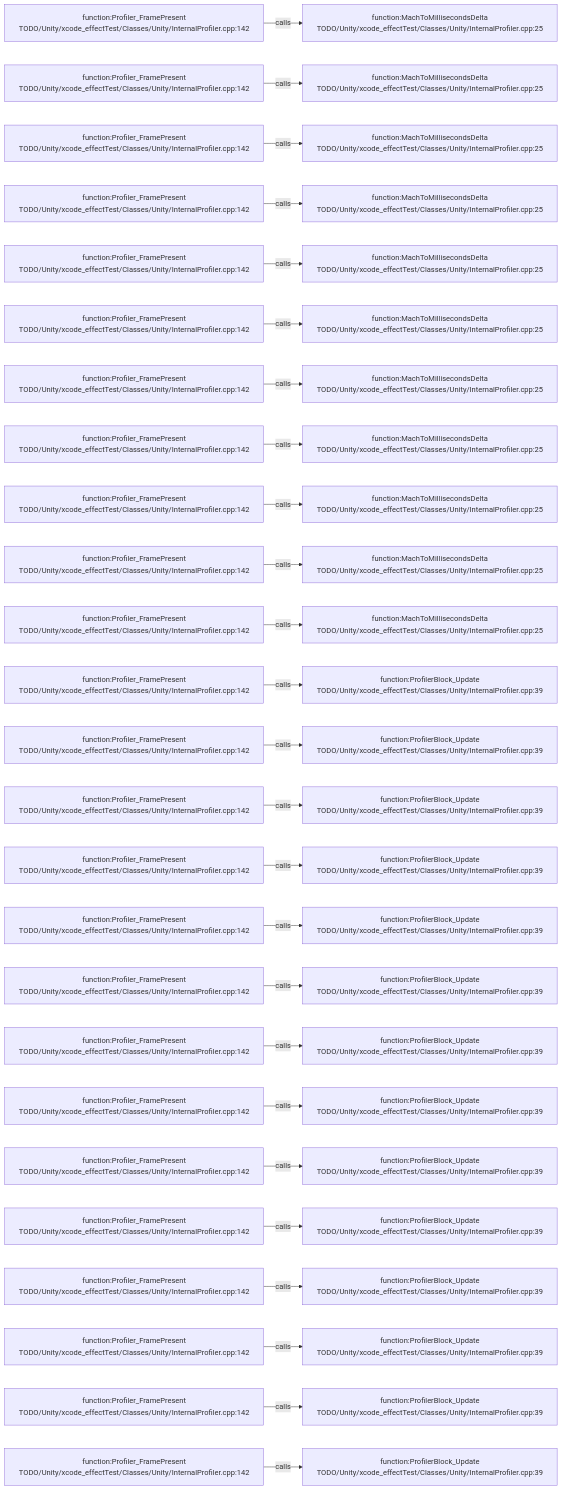
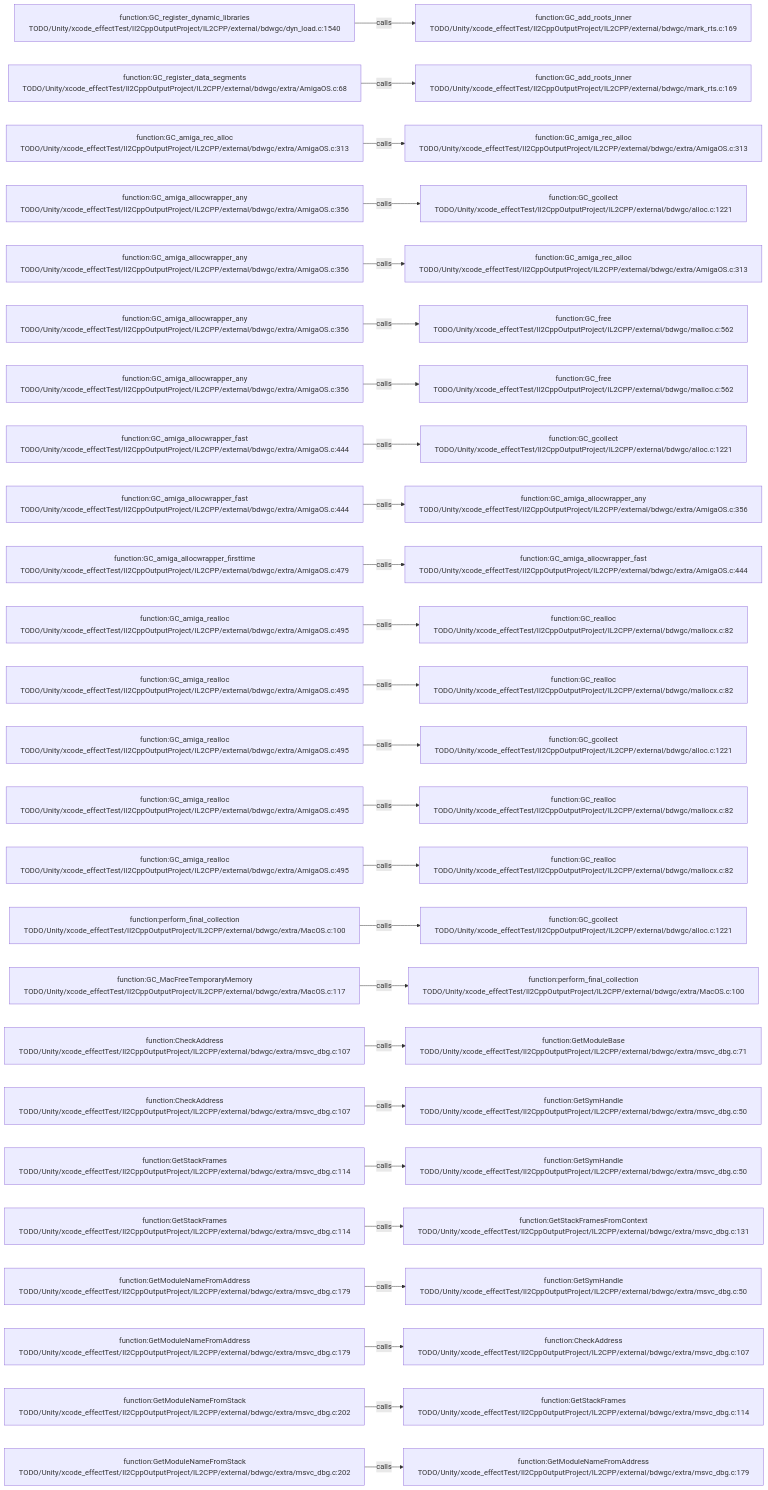
Before and after one commit to JobsKits/JobsSwiftBaseConfigDemo: the diagram in .codegraph/codegraph.md/graphs/calls-107.md, drawn with Mermaid. The commit also changed 227 other files, not shown here.

````diff
--- a/.codegraph/codegraph.md/graphs/calls-107.md
+++ b/.codegraph/codegraph.md/graphs/calls-107.md
@@ -13,78 +13,78 @@
 ```mermaid
 flowchart LR
-  S1["function:Profiler_FramePresent<br/>TODO/Unity/xcode_effectTest/Classes/Unity/InternalProfiler.cpp:142"]
-  T1["function:MachToMillisecondsDelta<br/>TODO/Unity/xcode_effectTest/Classes/Unity/InternalProfiler.cpp:25"]
+  S1["function:GC_register_dynamic_libraries<br/>TODO/Unity/xcode_effectTest/Il2CppOutputProject/IL2CPP/external/bdwgc/dyn_load.c:1540"]
+  T1["function:GC_add_roots_inner<br/>TODO/Unity/xcode_effectTest/Il2CppOutputProject/IL2CPP/external/bdwgc/mark_rts.c:169"]
   S1 -->|calls| T1
-  S2["function:Profiler_FramePresent<br/>TODO/Unity/xcode_effectTest/Classes/Unity/InternalProfiler.cpp:142"]
-  T2["function:MachToMillisecondsDelta<br/>TODO/Unity/xcode_effectTest/Classes/Unity/InternalProfiler.cpp:25"]
+  S2["function:GC_register_data_segments<br/>TODO/Unity/xcode_effectTest/Il2CppOutputProject/IL2CPP/external/bdwgc/extra/AmigaOS.c:68"]
+  T2["function:GC_add_roots_inner<br/>TODO/Unity/xcode_effectTest/Il2CppOutputProject/IL2CPP/external/bdwgc/mark_rts.c:169"]
   S2 -->|calls| T2
-  S3["function:Profiler_FramePresent<br/>TODO/Unity/xcode_effectTest/Classes/Unity/InternalProfiler.cpp:142"]
-  T3["function:MachToMillisecondsDelta<br/>TODO/Unity/xcode_effectTest/Classes/Unity/InternalProfiler.cpp:25"]
+  S3["function:GC_amiga_rec_alloc<br/>TODO/Unity/xcode_effectTest/Il2CppOutputProject/IL2CPP/external/bdwgc/extra/AmigaOS.c:313"]
+  T3["function:GC_amiga_rec_alloc<br/>TODO/Unity/xcode_effectTest/Il2CppOutputProject/IL2CPP/external/bdwgc/extra/AmigaOS.c:313"]
   S3 -->|calls| T3
-  S4["function:Profiler_FramePresent<br/>TODO/Unity/xcode_effectTest/Classes/Unity/InternalProfiler.cpp:142"]
-  T4["function:MachToMillisecondsDelta<br/>TODO/Unity/xcode_effectTest/Classes/Unity/InternalProfiler.cpp:25"]
+  S4["function:GC_amiga_allocwrapper_any<br/>TODO/Unity/xcode_effectTest/Il2CppOutputProject/IL2CPP/external/bdwgc/extra/AmigaOS.c:356"]
+  T4["function:GC_gcollect<br/>TODO/Unity/xcode_effectTest/Il2CppOutputProject/IL2CPP/external/bdwgc/alloc.c:1221"]
   S4 -->|calls| T4
-  S5["function:Profiler_FramePresent<br/>TODO/Unity/xcode_effectTest/Classes/Unity/InternalProfiler.cpp:142"]
-  T5["function:MachToMillisecondsDelta<br/>TODO/Unity/xcode_effectTest/Classes/Unity/InternalProfiler.cpp:25"]
+  S5["function:GC_amiga_allocwrapper_any<br/>TODO/Unity/xcode_effectTest/Il2CppOutputProject/IL2CPP/external/bdwgc/extra/AmigaOS.c:356"]
+  T5["function:GC_amiga_rec_alloc<br/>TODO/Unity/xcode_effectTest/Il2CppOutputProject/IL2CPP/external/bdwgc/extra/AmigaOS.c:313"]
   S5 -->|calls| T5
-  S6["function:Profiler_FramePresent<br/>TODO/Unity/xcode_effectTest/Classes/Unity/InternalProfiler.cpp:142"]
-  T6["function:MachToMillisecondsDelta<br/>TODO/Unity/xcode_effectTest/Classes/Unity/InternalProfiler.cpp:25"]
+  S6["function:GC_amiga_allocwrapper_any<br/>TODO/Unity/xcode_effectTest/Il2CppOutputProject/IL2CPP/external/bdwgc/extra/AmigaOS.c:356"]
+  T6["function:GC_free<br/>TODO/Unity/xcode_effectTest/Il2CppOutputProject/IL2CPP/external/bdwgc/malloc.c:562"]
   S6 -->|calls| T6
-  S7["function:Profiler_FramePresent<br/>TODO/Unity/xcode_effectTest/Classes/Unity/InternalProfiler.cpp:142"]
-  T7["function:MachToMillisecondsDelta<br/>TODO/Unity/xcode_effectTest/Classes/Unity/InternalProfiler.cpp:25"]
+  S7["function:GC_amiga_allocwrapper_any<br/>TODO/Unity/xcode_effectTest/Il2CppOutputProject/IL2CPP/external/bdwgc/extra/AmigaOS.c:356"]
+  T7["function:GC_free<br/>TODO/Unity/xcode_effectTest/Il2CppOutputProject/IL2CPP/external/bdwgc/malloc.c:562"]
   S7 -->|calls| T7
-  S8["function:Profiler_FramePresent<br/>TODO/Unity/xcode_effectTest/Classes/Unity/InternalProfiler.cpp:142"]
-  T8["function:MachToMillisecondsDelta<br/>TODO/Unity/xcode_effectTest/Classes/Unity/InternalProfiler.cpp:25"]
+  S8["function:GC_amiga_allocwrapper_fast<br/>TODO/Unity/xcode_effectTest/Il2CppOutputProject/IL2CPP/external/bdwgc/extra/AmigaOS.c:444"]
+  T8["function:GC_gcollect<br/>TODO/Unity/xcode_effectTest/Il2CppOutputProject/IL2CPP/external/bdwgc/alloc.c:1221"]
   S8 -->|calls| T8
-  S9["function:Profiler_FramePresent<br/>TODO/Unity/xcode_effectTest/Classes/Unity/InternalProfiler.cpp:142"]
-  T9["function:MachToMillisecondsDelta<br/>TODO/Unity/xcode_effectTest/Classes/Unity/InternalProfiler.cpp:25"]
+  S9["function:GC_amiga_allocwrapper_fast<br/>TODO/Unity/xcode_effectTest/Il2CppOutputProject/IL2CPP/external/bdwgc/extra/AmigaOS.c:444"]
+  T9["function:GC_amiga_allocwrapper_any<br/>TODO/Unity/xcode_effectTest/Il2CppOutputProject/IL2CPP/external/bdwgc/extra/AmigaOS.c:356"]
   S9 -->|calls| T9
-  S10["function:Profiler_FramePresent<br/>TODO/Unity/xcode_effectTest/Classes/Unity/InternalProfiler.cpp:142"]
-  T10["function:MachToMillisecondsDelta<br/>TODO/Unity/xcode_effectTest/Classes/Unity/InternalProfiler.cpp:25"]
+  S10["function:GC_amiga_allocwrapper_firsttime<br/>TODO/Unity/xcode_effectTest/Il2CppOutputProject/IL2CPP/external/bdwgc/extra/AmigaOS.c:479"]
+  T10["function:GC_amiga_allocwrapper_fast<br/>TODO/Unity/xcode_effectTest/Il2CppOutputProject/IL2CPP/external/bdwgc/extra/AmigaOS.c:444"]
   S10 -->|calls| T10
-  S11["function:Profiler_FramePresent<br/>TODO/Unity/xcode_effectTest/Classes/Unity/InternalProfiler.cpp:142"]
-  T11["function:MachToMillisecondsDelta<br/>TODO/Unity/xcode_effectTest/Classes/Unity/InternalProfiler.cpp:25"]
+  S11["function:GC_amiga_realloc<br/>TODO/Unity/xcode_effectTest/Il2CppOutputProject/IL2CPP/external/bdwgc/extra/AmigaOS.c:495"]
+  T11["function:GC_realloc<br/>TODO/Unity/xcode_effectTest/Il2CppOutputProject/IL2CPP/external/bdwgc/mallocx.c:82"]
   S11 -->|calls| T11
-  S12["function:Profiler_FramePresent<br/>TODO/Unity/xcode_effectTest/Classes/Unity/InternalProfiler.cpp:142"]
-  T12["function:ProfilerBlock_Update<br/>TODO/Unity/xcode_effectTest/Classes/Unity/InternalProfiler.cpp:39"]
+  S12["function:GC_amiga_realloc<br/>TODO/Unity/xcode_effectTest/Il2CppOutputProject/IL2CPP/external/bdwgc/extra/AmigaOS.c:495"]
+  T12["function:GC_realloc<br/>TODO/Unity/xcode_effectTest/Il2CppOutputProject/IL2CPP/external/bdwgc/mallocx.c:82"]
   S12 -->|calls| T12
-  S13["function:Profiler_FramePresent<br/>TODO/Unity/xcode_effectTest/Classes/Unity/InternalProfiler.cpp:142"]
-  T13["function:ProfilerBlock_Update<br/>TODO/Unity/xcode_effectTest/Classes/Unity/InternalProfiler.cpp:39"]
+  S13["function:GC_amiga_realloc<br/>TODO/Unity/xcode_effectTest/Il2CppOutputProject/IL2CPP/external/bdwgc/extra/AmigaOS.c:495"]
+  T13["function:GC_gcollect<br/>TODO/Unity/xcode_effectTest/Il2CppOutputProject/IL2CPP/external/bdwgc/alloc.c:1221"]
   S13 -->|calls| T13
-  S14["function:Profiler_FramePresent<br/>TODO/Unity/xcode_effectTest/Classes/Unity/InternalProfiler.cpp:142"]
-  T14["function:ProfilerBlock_Update<br/>TODO/Unity/xcode_effectTest/Classes/Unity/InternalProfiler.cpp:39"]
+  S14["function:GC_amiga_realloc<br/>TODO/Unity/xcode_effectTest/Il2CppOutputProject/IL2CPP/external/bdwgc/extra/AmigaOS.c:495"]
+  T14["function:GC_realloc<br/>TODO/Unity/xcode_effectTest/Il2CppOutputProject/IL2CPP/external/bdwgc/mallocx.c:82"]
   S14 -->|calls| T14
-  S15["function:Profiler_FramePresent<br/>TODO/Unity/xcode_effectTest/Classes/Unity/InternalProfiler.cpp:142"]
-  T15["function:ProfilerBlock_Update<br/>TODO/Unity/xcode_effectTest/Classes/Unity/InternalProfiler.cpp:39"]
+  S15["function:GC_amiga_realloc<br/>TODO/Unity/xcode_effectTest/Il2CppOutputProject/IL2CPP/external/bdwgc/extra/AmigaOS.c:495"]
+  T15["function:GC_realloc<br/>TODO/Unity/xcode_effectTest/Il2CppOutputProject/IL2CPP/external/bdwgc/mallocx.c:82"]
   S15 -->|calls| T15
-  S16["function:Profiler_FramePresent<br/>TODO/Unity/xcode_effectTest/Classes/Unity/InternalProfiler.cpp:142"]
-  T16["function:ProfilerBlock_Update<br/>TODO/Unity/xcode_effectTest/Classes/Unity/InternalProfiler.cpp:39"]
+  S16["function:perform_final_collection<br/>TODO/Unity/xcode_effectTest/Il2CppOutputProject/IL2CPP/external/bdwgc/extra/MacOS.c:100"]
+  T16["function:GC_gcollect<br/>TODO/Unity/xcode_effectTest/Il2CppOutputProject/IL2CPP/external/bdwgc/alloc.c:1221"]
   S16 -->|calls| T16
-  S17["function:Profiler_FramePresent<br/>TODO/Unity/xcode_effectTest/Classes/Unity/InternalProfiler.cpp:142"]
-  T17["function:ProfilerBlock_Update<br/>TODO/Unity/xcode_effectTest/Classes/Unity/InternalProfiler.cpp:39"]
+  S17["function:GC_MacFreeTemporaryMemory<br/>TODO/Unity/xcode_effectTest/Il2CppOutputProject/IL2CPP/external/bdwgc/extra/MacOS.c:117"]
+  T17["function:perform_final_collection<br/>TODO/Unity/xcode_effectTest/Il2CppOutputProject/IL2CPP/external/bdwgc/extra/MacOS.c:100"]
   S17 -->|calls| T17
-  S18["function:Profiler_FramePresent<br/>TODO/Unity/xcode_effectTest/Classes/Unity/InternalProfiler.cpp:142"]
-  T18["function:ProfilerBlock_Update<br/>TODO/Unity/xcode_effectTest/Classes/Unity/InternalProfiler.cpp:39"]
+  S18["function:CheckAddress<br/>TODO/Unity/xcode_effectTest/Il2CppOutputProject/IL2CPP/external/bdwgc/extra/msvc_dbg.c:107"]
+  T18["function:GetModuleBase<br/>TODO/Unity/xcode_effectTest/Il2CppOutputProject/IL2CPP/external/bdwgc/extra/msvc_dbg.c:71"]
   S18 -->|calls| T18
-  S19["function:Profiler_FramePresent<br/>TODO/Unity/xcode_effectTest/Classes/Unity/InternalProfiler.cpp:142"]
-  T19["function:ProfilerBlock_Update<br/>TODO/Unity/xcode_effectTest/Classes/Unity/InternalProfiler.cpp:39"]
+  S19["function:CheckAddress<br/>TODO/Unity/xcode_effectTest/Il2CppOutputProject/IL2CPP/external/bdwgc/extra/msvc_dbg.c:107"]
+  T19["function:GetSymHandle<br/>TODO/Unity/xcode_effectTest/Il2CppOutputProject/IL2CPP/external/bdwgc/extra/msvc_dbg.c:50"]
   S19 -->|calls| T19
-  S20["function:Profiler_FramePresent<br/>TODO/Unity/xcode_effectTest/Classes/Unity/InternalProfiler.cpp:142"]
-  T20["function:ProfilerBlock_Update<br/>TODO/Unity/xcode_effectTest/Classes/Unity/InternalProfiler.cpp:39"]
+  S20["function:GetStackFrames<br/>TODO/Unity/xcode_effectTest/Il2CppOutputProject/IL2CPP/external/bdwgc/extra/msvc_dbg.c:114"]
+  T20["function:GetSymHandle<br/>TODO/Unity/xcode_effectTest/Il2CppOutputProject/IL2CPP/external/bdwgc/extra/msvc_dbg.c:50"]
   S20 -->|calls| T20
-  S21["function:Profiler_FramePresent<br/>TODO/Unity/xcode_effectTest/Classes/Unity/InternalProfiler.cpp:142"]
-  T21["function:ProfilerBlock_Update<br/>TODO/Unity/xcode_effectTest/Classes/Unity/InternalProfiler.cpp:39"]
+  S21["function:GetStackFrames<br/>TODO/Unity/xcode_effectTest/Il2CppOutputProject/IL2CPP/external/bdwgc/extra/msvc_dbg.c:114"]
+  T21["function:GetStackFramesFromContext<br/>TODO/Unity/xcode_effectTest/Il2CppOutputProject/IL2CPP/external/bdwgc/extra/msvc_dbg.c:131"]
   S21 -->|calls| T21
-  S22["function:Profiler_FramePresent<br/>TODO/Unity/xcode_effectTest/Classes/Unity/InternalProfiler.cpp:142"]
-  T22["function:ProfilerBlock_Update<br/>TODO/Unity/xcode_effectTest/Classes/Unity/InternalProfiler.cpp:39"]
+  S22["function:GetModuleNameFromAddress<br/>TODO/Unity/xcode_effectTest/Il2CppOutputProject/IL2CPP/external/bdwgc/extra/msvc_dbg.c:179"]
+  T22["function:GetSymHandle<br/>TODO/Unity/xcode_effectTest/Il2CppOutputProject/IL2CPP/external/bdwgc/extra/msvc_dbg.c:50"]
   S22 -->|calls| T22
-  S23["function:Profiler_FramePresent<br/>TODO/Unity/xcode_effectTest/Classes/Unity/InternalProfiler.cpp:142"]
-  T23["function:ProfilerBlock_Update<br/>TODO/Unity/xcode_effectTest/Classes/Unity/InternalProfiler.cpp:39"]
+  S23["function:GetModuleNameFromAddress<br/>TODO/Unity/xcode_effectTest/Il2CppOutputProject/IL2CPP/external/bdwgc/extra/msvc_dbg.c:179"]
+  T23["function:CheckAddress<br/>TODO/Unity/xcode_effectTest/Il2CppOutputProject/IL2CPP/external/bdwgc/extra/msvc_dbg.c:107"]
   S23 -->|calls| T23
-  S24["function:Profiler_FramePresent<br/>TODO/Unity/xcode_effectTest/Classes/Unity/InternalProfiler.cpp:142"]
-  T24["function:ProfilerBlock_Update<br/>TODO/Unity/xcode_effectTest/Classes/Unity/InternalProfiler.cpp:39"]
+  S24["function:GetModuleNameFromStack<br/>TODO/Unity/xcode_effectTest/Il2CppOutputProject/IL2CPP/external/bdwgc/extra/msvc_dbg.c:202"]
+  T24["function:GetStackFrames<br/>TODO/Unity/xcode_effectTest/Il2CppOutputProject/IL2CPP/external/bdwgc/extra/msvc_dbg.c:114"]
   S24 -->|calls| T24
-  S25["function:Profiler_FramePresent<br/>TODO/Unity/xcode_effectTest/Classes/Unity/InternalProfiler.cpp:142"]
-  T25["function:ProfilerBlock_Update<br/>TODO/Unity/xcode_effectTest/Classes/Unity/InternalProfiler.cpp:39"]
+  S25["function:GetModuleNameFromStack<br/>TODO/Unity/xcode_effectTest/Il2CppOutputProject/IL2CPP/external/bdwgc/extra/msvc_dbg.c:202"]
+  T25["function:GetModuleNameFromAddress<br/>TODO/Unity/xcode_effectTest/Il2CppOutputProject/IL2CPP/external/bdwgc/extra/msvc_dbg.c:179"]
   S25 -->|calls| T25
 ```
````
